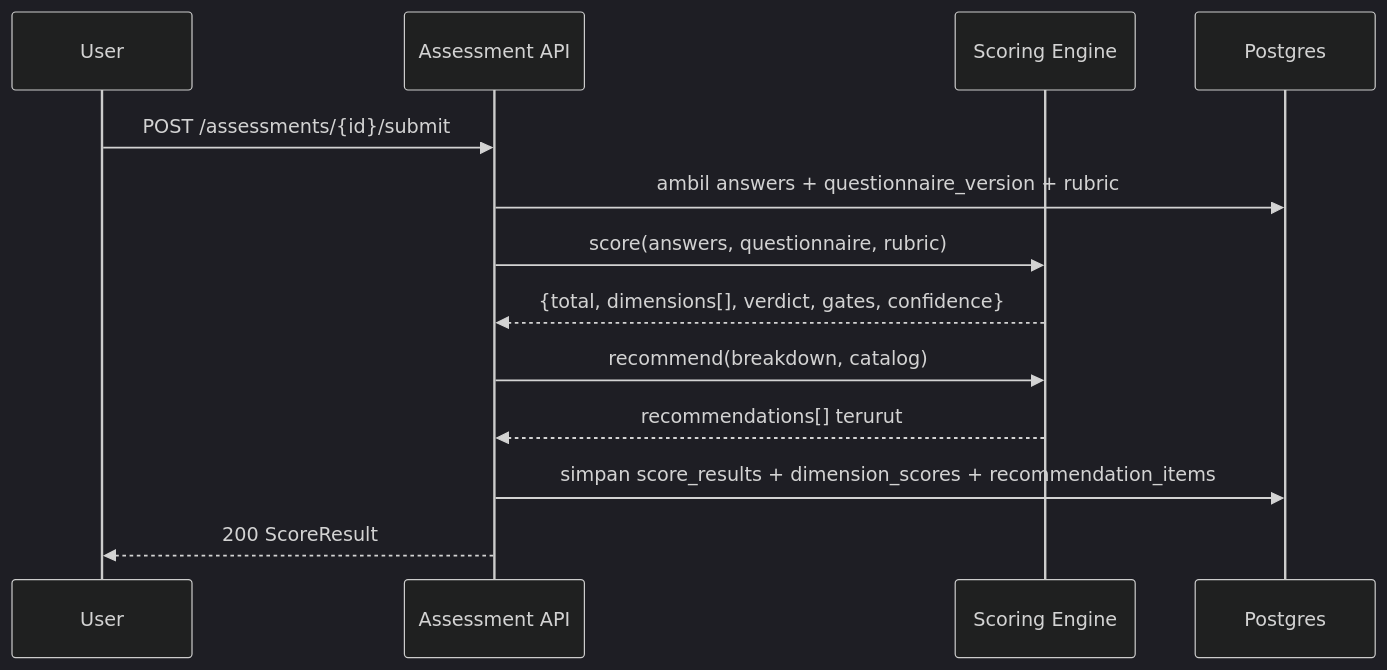
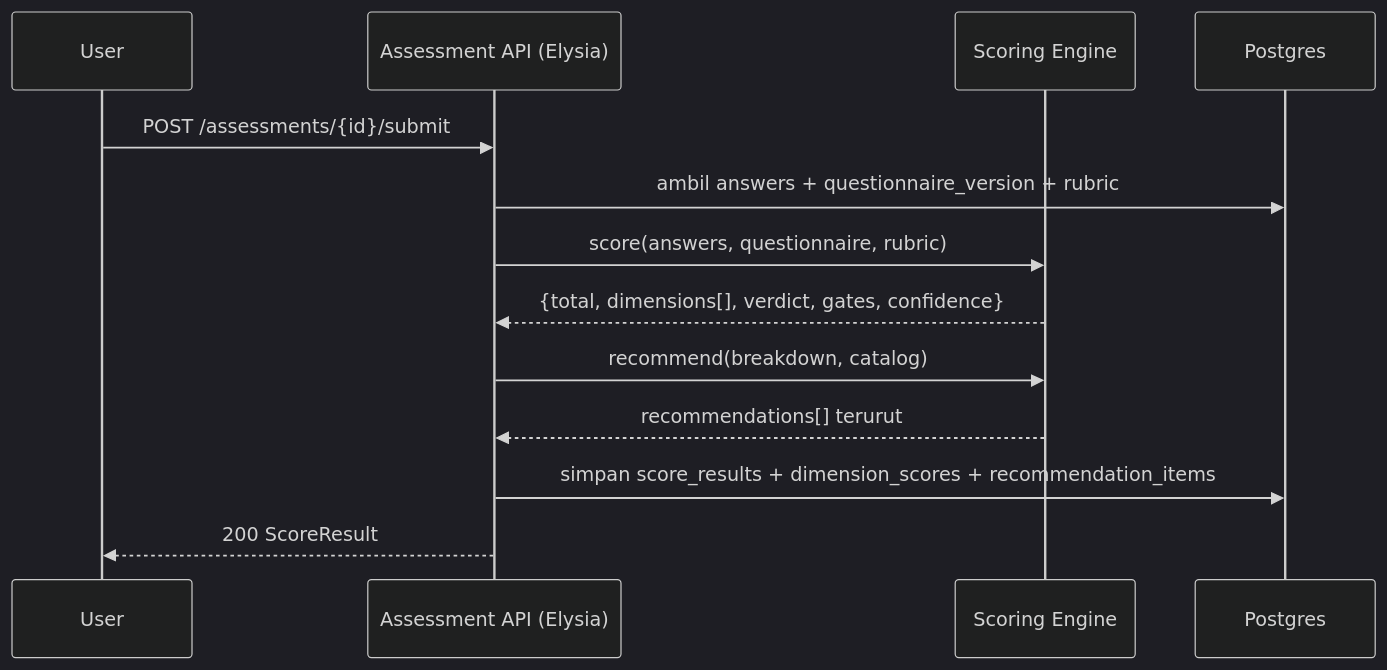
Before and after one commit to reyfuu/audit: the first of 2 diagrams in DESIGN.md, drawn with Mermaid (dark theme). The commit also changed other lines of this file and 10 other files, not shown here.

````diff
--- a/DESIGN.md
+++ b/DESIGN.md
@@ -19,15 +21,15 @@
 ```mermaid
 sequenceDiagram
   participant U as User
-  participant API as Assessment API
+  participant API as Assessment API (Elysia)
   participant S as Scoring Engine
   participant DB as Postgres
   U->>API: POST /assessments/{id}/submit
   API->>DB: ambil answers + questionnaire_version + rubric
   API->>S: score(answers, questionnaire, rubric)
   S-->>API: {total, dimensions[], verdict, gates, confidence}
   API->>S: recommend(breakdown, catalog)
   S-->>API: recommendations[] terurut
   API->>DB: simpan score_results + dimension_scores + recommendation_items
   API-->>U: 200 ScoreResult
 ```
````
